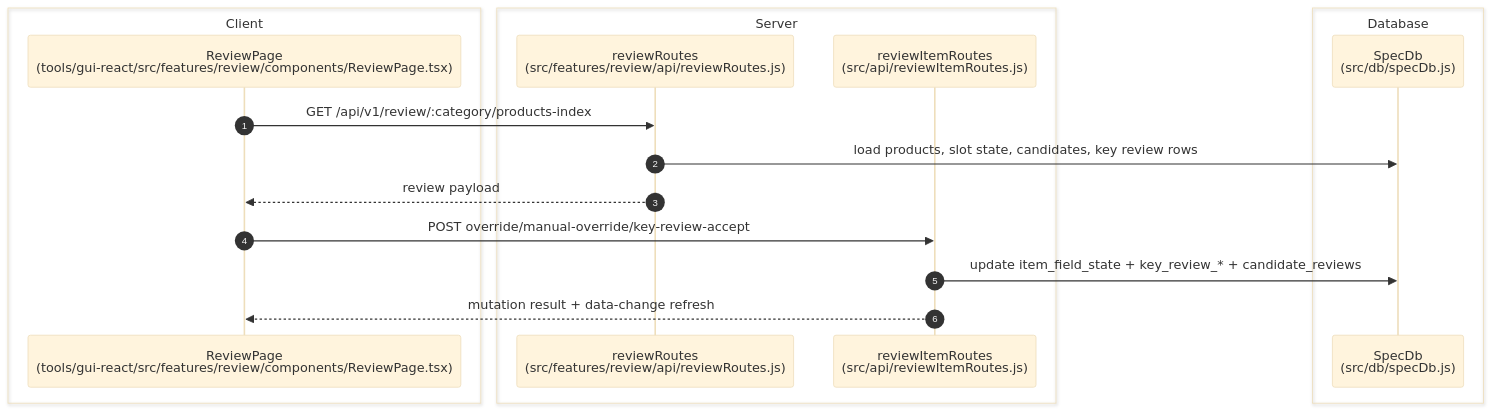
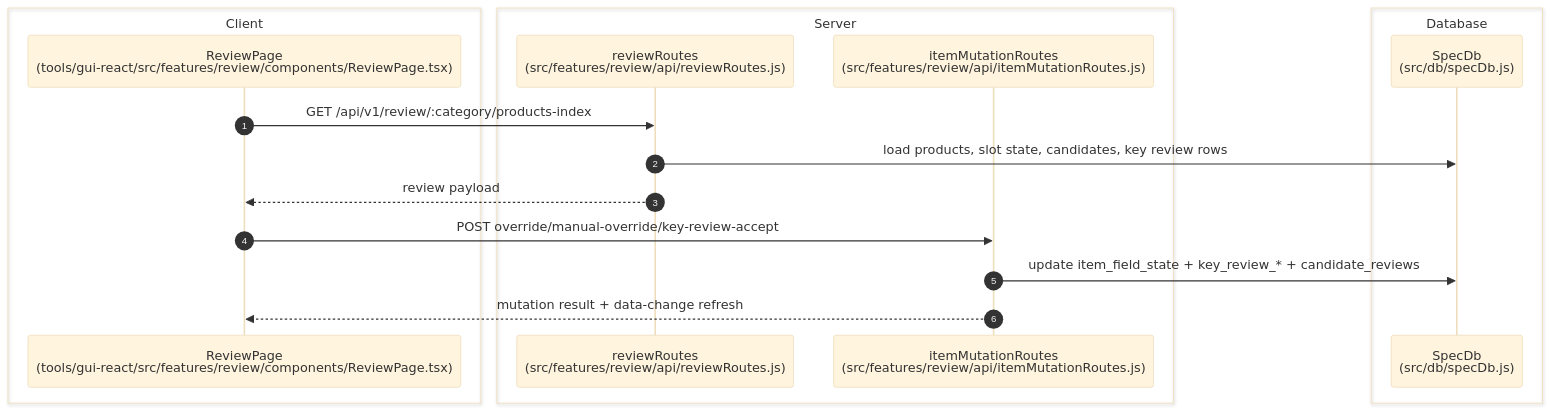
The diagram in docs/04-features/review-workbench.md (CdubVentures/Spec-Factory), drawn with Mermaid before and after one commit. The commit also changed other lines of this file and 413 other files, not shown here.

````diff
--- a/docs/04-features/review-workbench.md
+++ b/docs/04-features/review-workbench.md
@@ -60,21 +60,21 @@
 ```mermaid
 %%{init: {'theme': 'base', 'themeVariables': { 'fontSize': '20px', 'actorWidth': 250, 'actorMargin': 200, 'boxMargin': 20 }}}%%
 sequenceDiagram
   autonumber
   box Client
     participant ReviewPage as ReviewPage<br/>(tools/gui-react/src/features/review/components/ReviewPage.tsx)
   end
   box Server
     participant ReviewRoutes as reviewRoutes<br/>(src/features/review/api/reviewRoutes.js)
-    participant ItemMut as reviewItemRoutes<br/>(src/api/reviewItemRoutes.js)
+    participant ItemMut as itemMutationRoutes<br/>(src/features/review/api/itemMutationRoutes.js)
   end
   box Database
     participant SpecDb as SpecDb<br/>(src/db/specDb.js)
   end
   ReviewPage->>ReviewRoutes: GET /api/v1/review/:category/products-index
   ReviewRoutes->>SpecDb: load products, slot state, candidates, key review rows
   ReviewRoutes-->>ReviewPage: review payload
   ReviewPage->>ItemMut: POST override/manual-override/key-review-accept
   ItemMut->>SpecDb: update item_field_state + key_review_* + candidate_reviews
   ItemMut-->>ReviewPage: mutation result + data-change refresh
 ```
````
